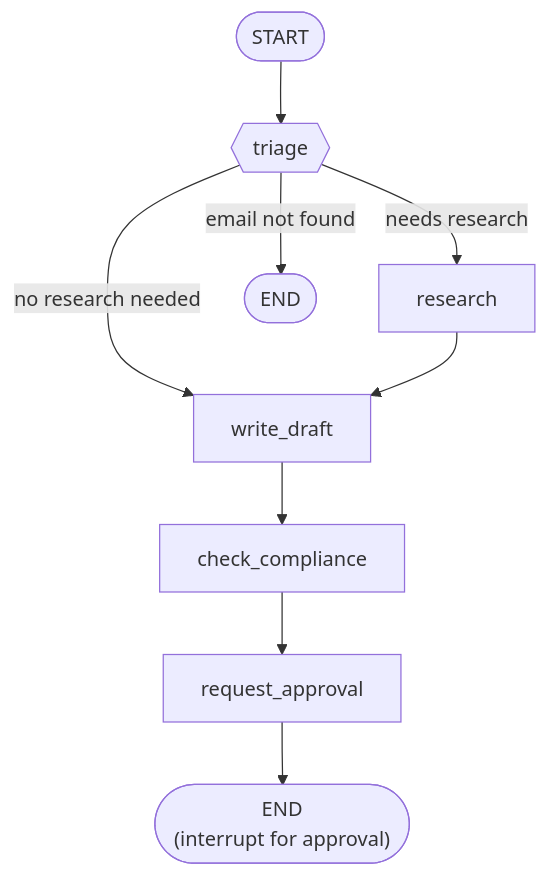
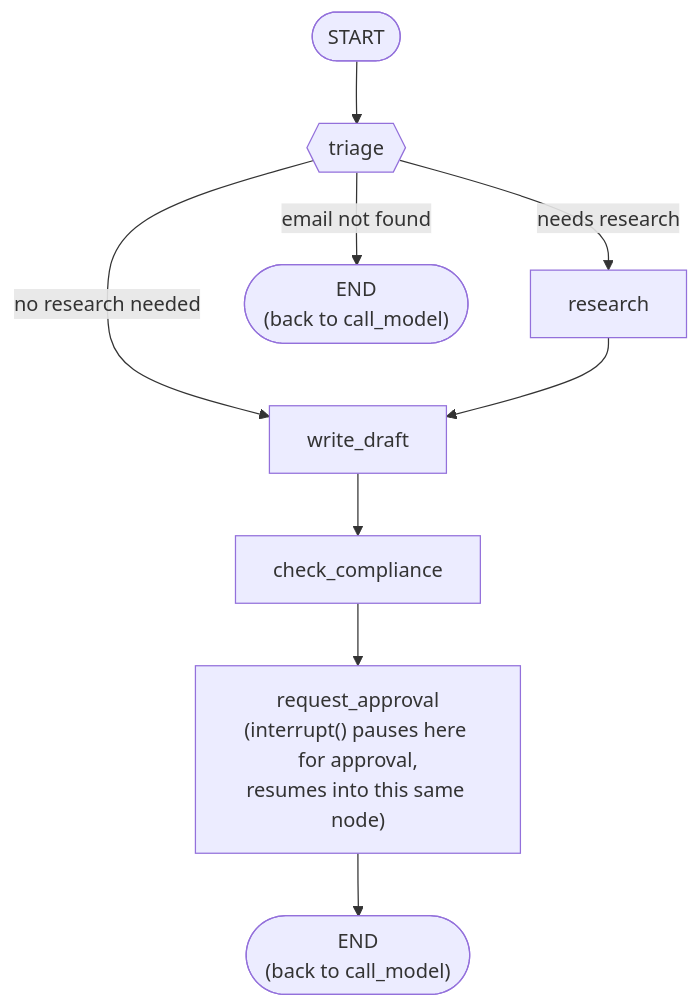
One commit to myle-agilityio/langchain-training changed the third of 5 diagrams in practice-new-version/docs/ARCHITECTURE.md. Above: the diagram before and after it, drawn with Mermaid. The commit also changed other lines of this file, not shown here.

Commit message:
feat: update architecture documentation with new API endpoints and clarify graph structures

````diff
--- a/practice-new-version/docs/ARCHITECTURE.md
+++ b/practice-new-version/docs/ARCHITECTURE.md
@@ -83,14 +95,14 @@
 ```mermaid
 graph TD
     START(["START"]) --> triage
 
     triage{{"triage"}}
     triage -- "needs research" --> research
     triage -- "no research needed" --> write_draft
-    triage -- "email not found" --> END_missing(["END"])
+    triage -- "email not found" --> END_missing(["END\n(back to call_model)"])
 
     research["research"] --> write_draft
     write_draft["write_draft"] --> check_compliance
     check_compliance["check_compliance"] --> request_approval
-    request_approval["request_approval"] --> END_interrupt(["END\n(interrupt for approval)"])
+    request_approval["request_approval\n(interrupt() pauses here for approval,\nresumes into this same node)"] --> END_interrupt(["END\n(back to call_model)"])
 ```
````
